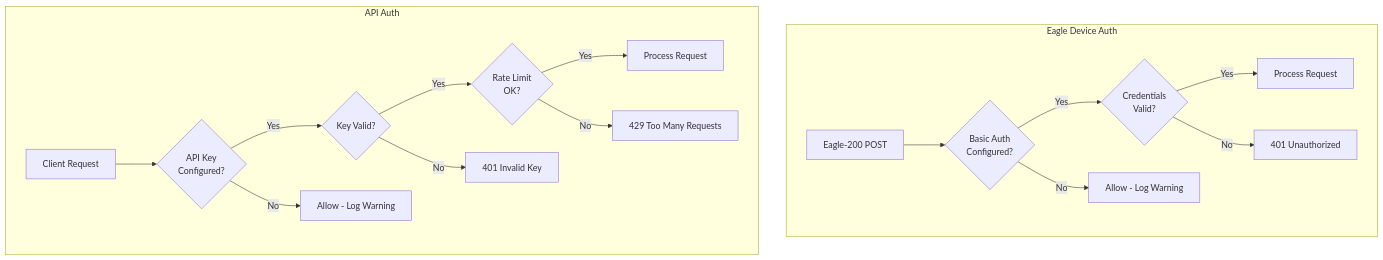
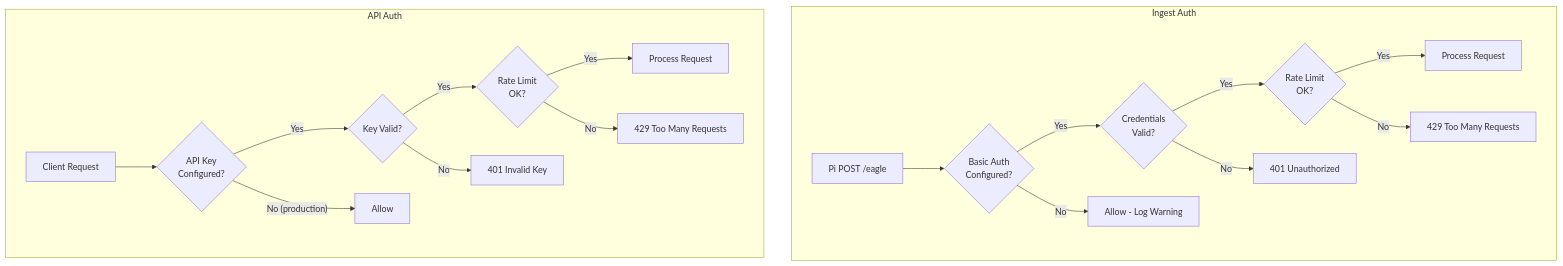
One commit to murr2k/linknode-com changed the sixth of 9 diagrams in docs/THEORY_OF_OPERATION.md. Above: the diagram before and after it, drawn with Mermaid. The commit also changed other lines of this file and 47 other files, not shown here.

````diff
--- a/docs/THEORY_OF_OPERATION.md
+++ b/docs/THEORY_OF_OPERATION.md
@@ -317,20 +351,22 @@
 ```mermaid
 flowchart TB
-    subgraph "Eagle Device Auth"
-        E1[Eagle-200 POST] --> A1{Basic Auth<br/>Configured?}
+    subgraph "Ingest Auth"
+        E1["Pi POST /eagle"] --> A1{Basic Auth<br/>Configured?}
         A1 -->|Yes| A2{Credentials<br/>Valid?}
         A1 -->|No| A3[Allow - Log Warning]
-        A2 -->|Yes| A4[Process Request]
+        A2 -->|Yes| A6{Rate Limit<br/>OK?}
         A2 -->|No| A5[401 Unauthorized]
+        A6 -->|Yes| A4[Process Request]
+        A6 -->|No| A7[429 Too Many Requests]
     end
 
     subgraph "API Auth"
         E2[Client Request] --> B1{API Key<br/>Configured?}
         B1 -->|Yes| B2{Key Valid?}
-        B1 -->|No| B3[Allow - Log Warning]
+        B1 -->|"No (production)"| B3[Allow]
         B2 -->|Yes| B4{Rate Limit<br/>OK?}
         B2 -->|No| B5[401 Invalid Key]
         B4 -->|Yes| B6[Process Request]
         B4 -->|No| B7[429 Too Many Requests]
     end
 ```
````
